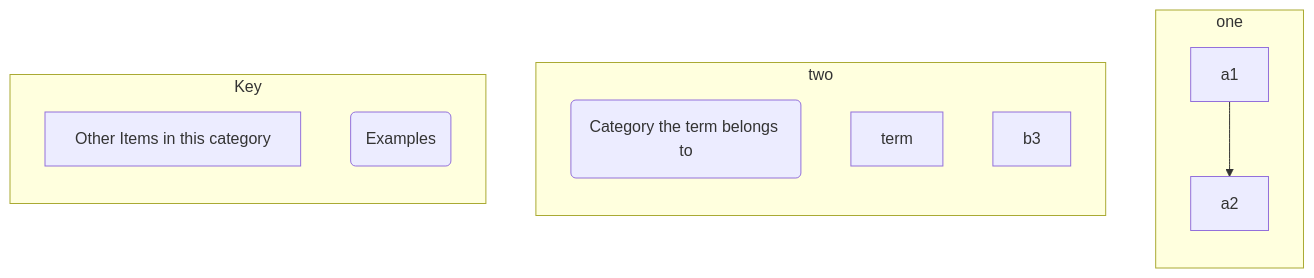
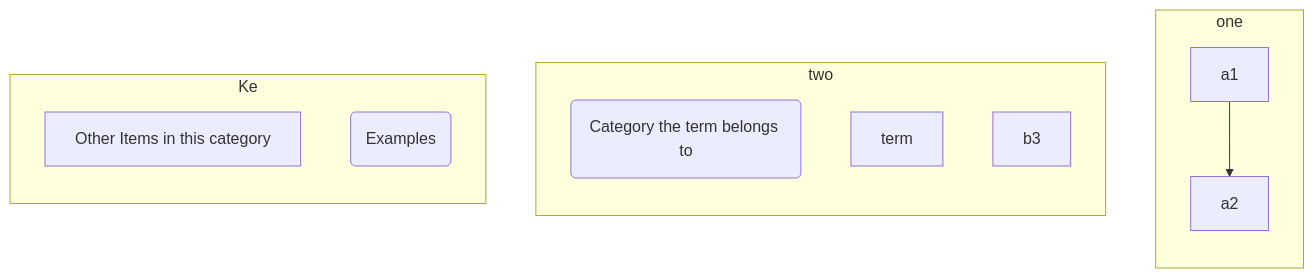
The diagram in slides.md (gerbssusd/dok), drawn with Mermaid before and after one commit.

````diff
--- a/slides.md
+++ b/slides.md
@@ -217,24 +217,24 @@
 ```mermaid
 flowchart TB
     subgraph one 
      direction TB
     a1-->a2
      end
     subgraph two
       direction TB
         b1(Category the term belongs to)
         b2[term]
         b3 
         end
-    subgraph Key 
+    subgraph Ke
       direction TB
     c1[Other Items in this category] 
     c2(Examples)
     end
 
 
 
 
 
 
 ```
````
